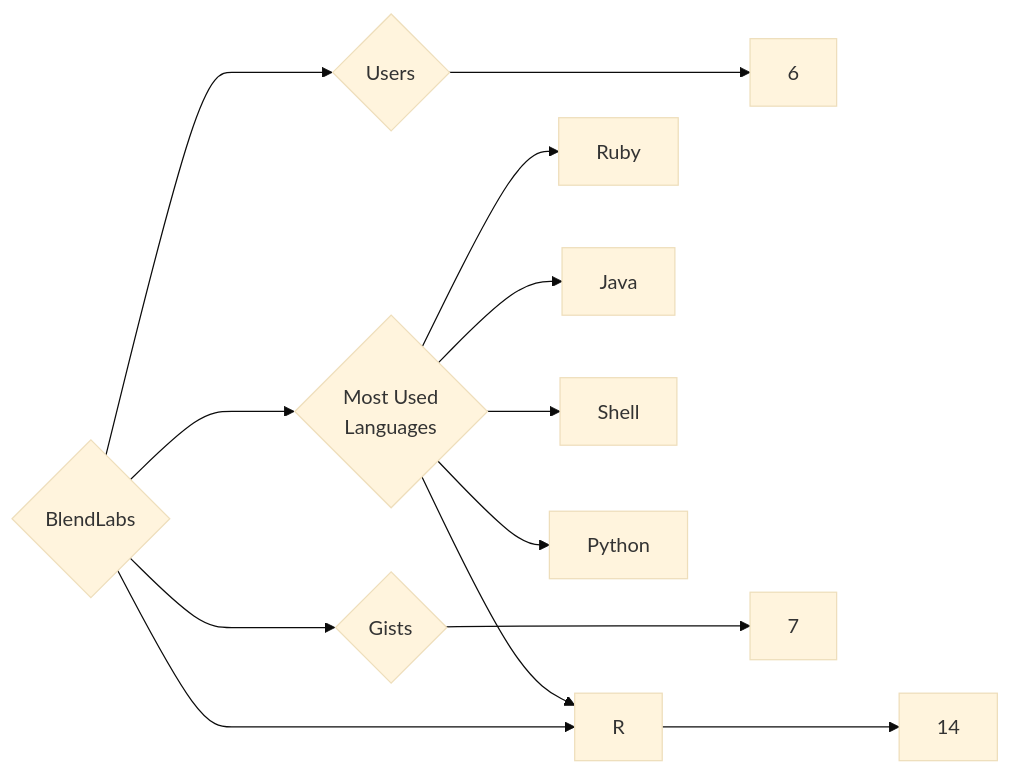
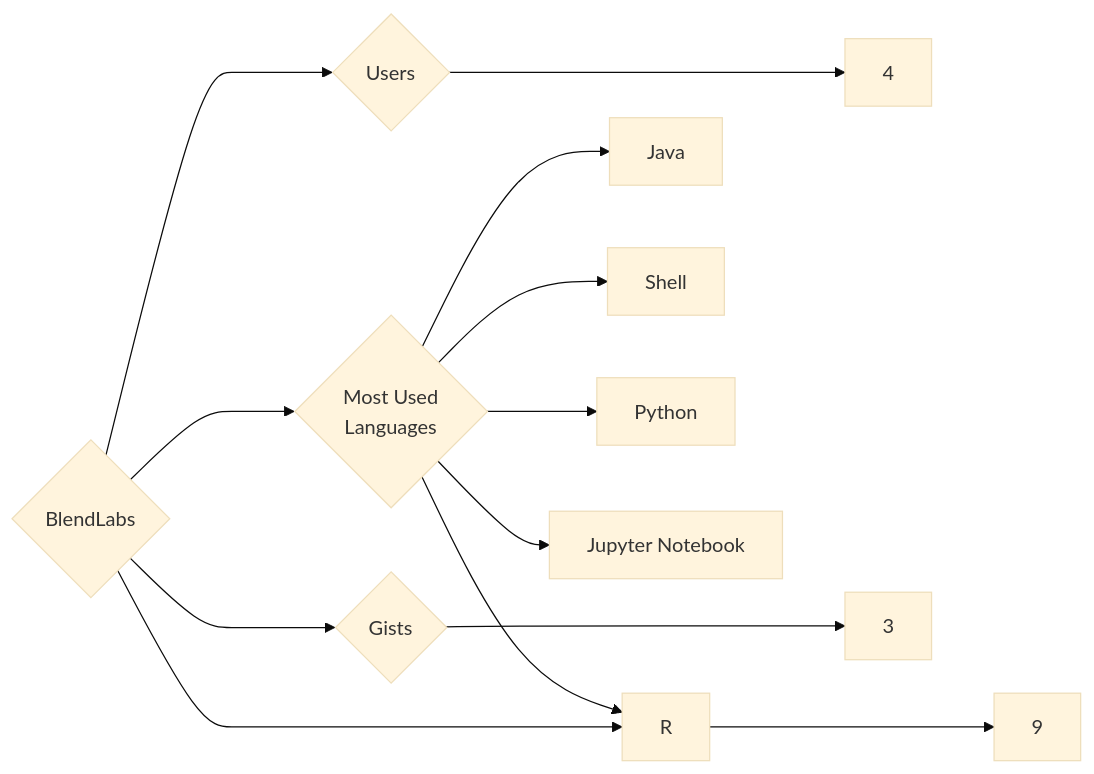
The diagram in targets/BlendLabs/README.md (trickest/insiders), drawn with Mermaid (base theme) before and after one commit. The commit also changed 1078 other files, not shown here.

````diff
--- a/targets/BlendLabs/README.md
+++ b/targets/BlendLabs/README.md
@@ -3,13 +3,13 @@
 ```mermaid
 graph LR
 COMPANY_NAME{BlendLabs}
-COMPANY_NAME ---> U{Users} ---> UN[6]
-COMPANY_NAME ---> R{Repositories} ---> RN[14]
-COMPANY_NAME ---> G{Gists} ---> GN[7]
+COMPANY_NAME ---> U{Users} ---> UN[4]
+COMPANY_NAME ---> R{Repositories} ---> RN[9]
+COMPANY_NAME ---> G{Gists} ---> GN[3]
 COMPANY_NAME ---> ML{Most Used<br>Languages}
-ML --> Ruby[Ruby]
 ML --> Java[Java]
 ML --> Shell[Shell]
 ML --> R[R]
 ML --> Python[Python]
+ML --> Jupyter_Notebook[Jupyter Notebook]
 ```
````
